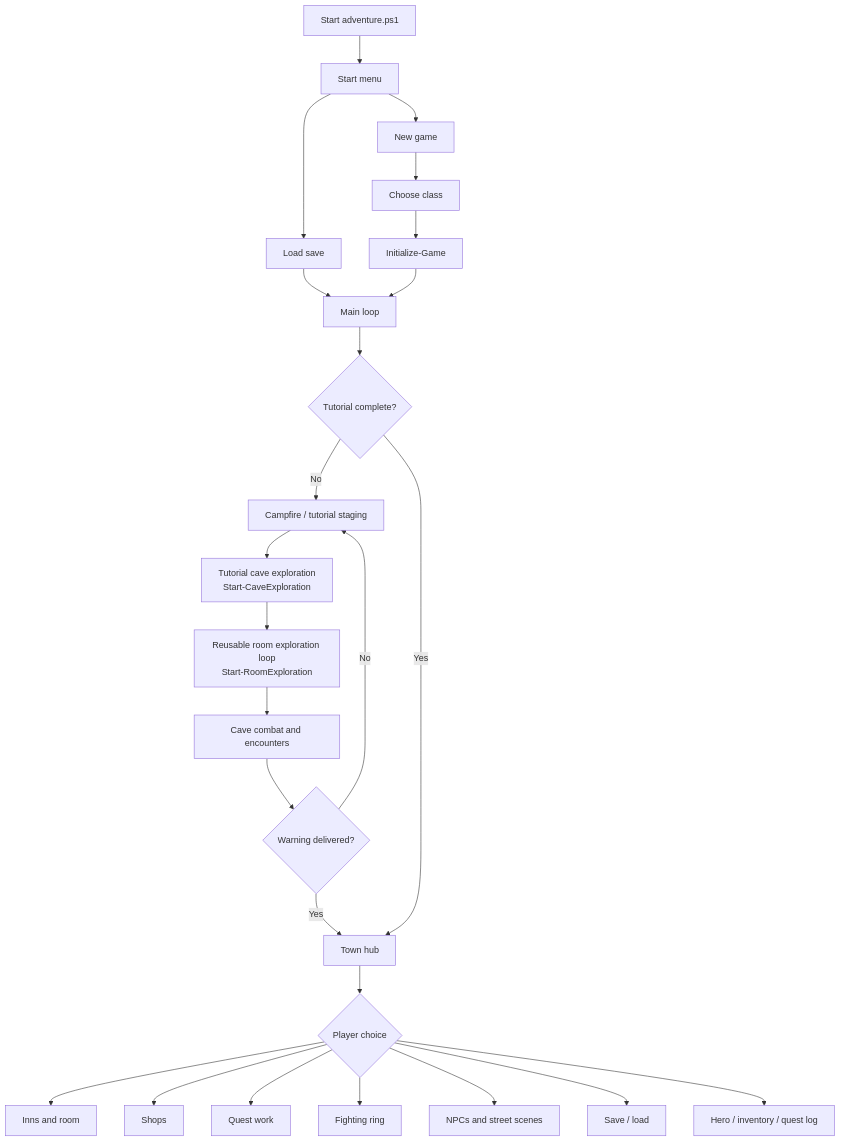
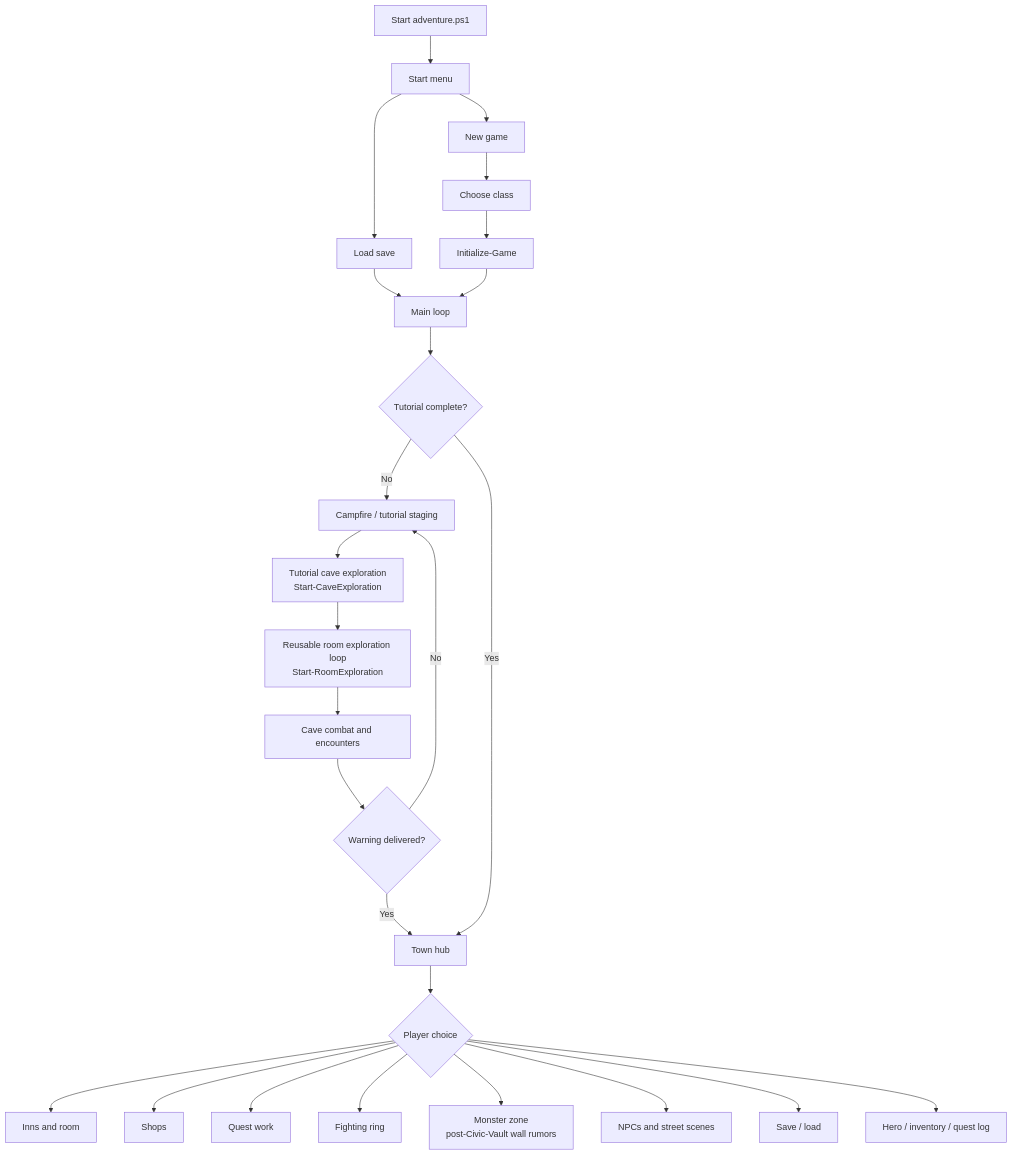
One commit to JesperYH24/dnd-git-adventure changed the first of 3 diagrams in docs/visual-game-flow.md. Above: the diagram before and after it, drawn with Mermaid. The commit also changed other lines of this file and 6 other files, not shown here.

````diff
--- a/docs/visual-game-flow.md
+++ b/docs/visual-game-flow.md
@@ -5,29 +5,30 @@
 ```mermaid
 flowchart TD
     Start["Start adventure.ps1"] --> Menu["Start menu"]
     Menu --> NewGame["New game"]
     Menu --> LoadGame["Load save"]
     NewGame --> ClassSelect["Choose class"]
     ClassSelect --> Init["Initialize-Game"]
     LoadGame --> MainLoop["Main loop"]
     Init --> MainLoop
 
     MainLoop --> TutorialGate{"Tutorial complete?"}
     TutorialGate -- "No" --> Campfire["Campfire / tutorial staging"]
     Campfire --> Cave["Tutorial cave exploration\nStart-CaveExploration"]
     Cave --> ExploreCore["Reusable room exploration loop\nStart-RoomExploration"]
     ExploreCore --> CaveCombat["Cave combat and encounters"]
     CaveCombat --> TutorialDone{"Warning delivered?"}
     TutorialDone -- "No" --> Campfire
     TutorialDone -- "Yes" --> Town["Town hub"]
 
     TutorialGate -- "Yes" --> Town
     Town --> TownChoice{"Player choice"}
     TownChoice --> Inns["Inns and room"]
     TownChoice --> Shops["Shops"]
     TownChoice --> Quests["Quest work"]
     TownChoice --> Ring["Fighting ring"]
+    TownChoice --> MonsterZone["Monster zone\npost-Civic-Vault wall rumors"]
     TownChoice --> Streets["NPCs and street scenes"]
     TownChoice --> Save["Save / load"]
     TownChoice --> Status["Hero / inventory / quest log"]
 ```
````
